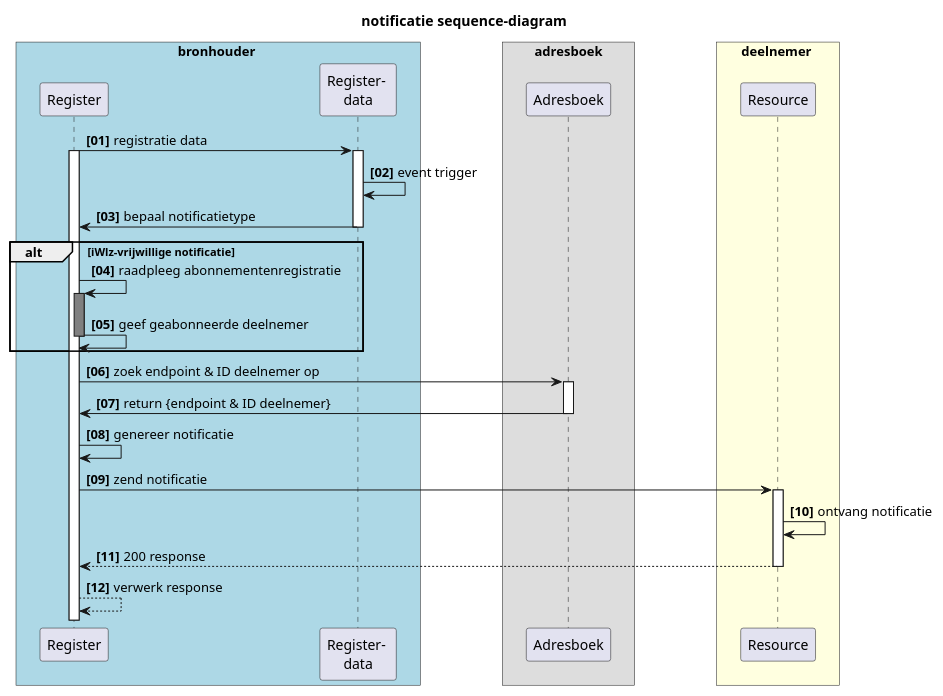
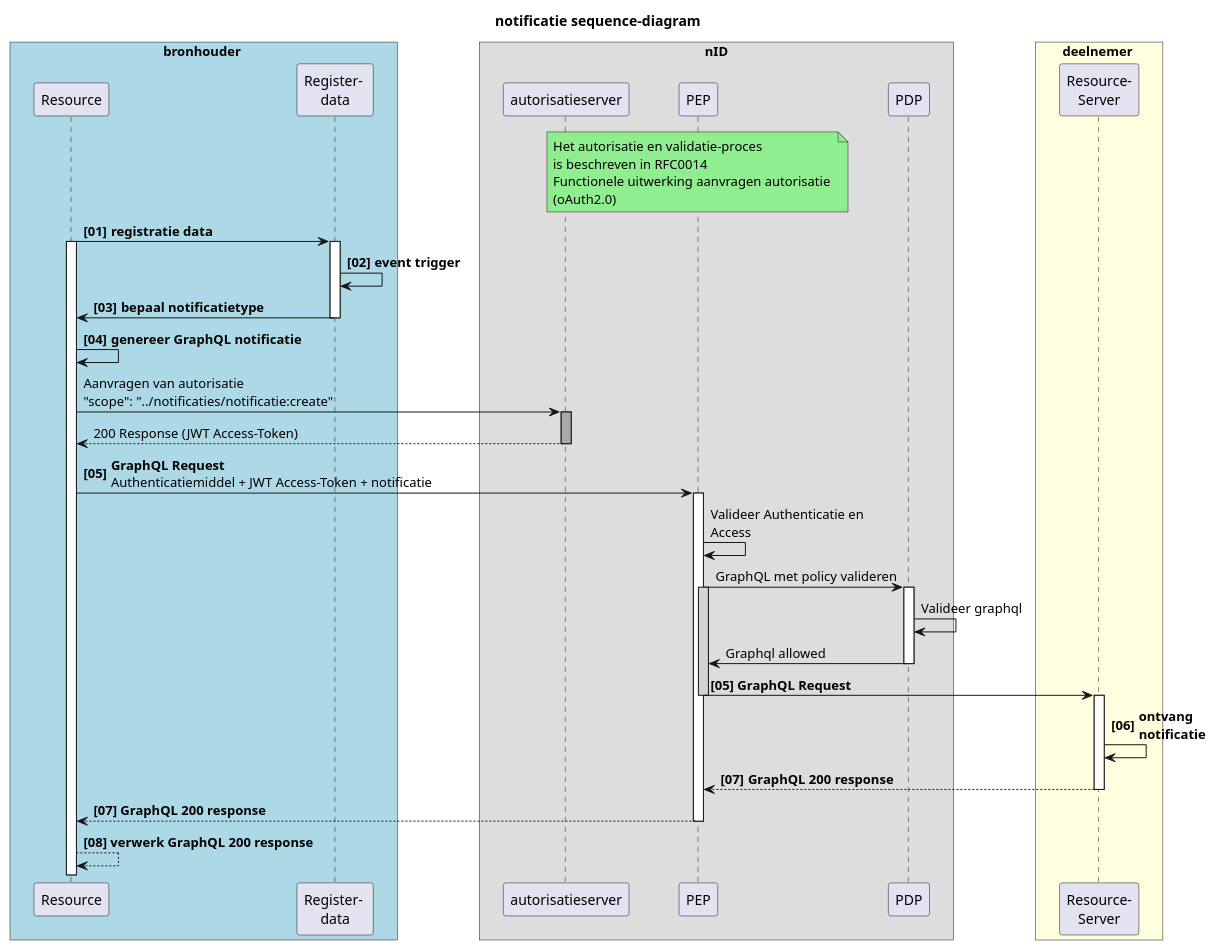
The third of 4 diagrams in RFC/RFC0008 - Notificaties.md (iStandaarden/iWlz-RequestForComment), drawn with PlantUML before and after one commit. The commit also changed other lines of this file and 2 other files, not shown here.

Commit message:
update RFC0008

````diff
--- a/RFC/RFC0008 - Notificaties.md
+++ b/RFC/RFC0008 - Notificaties.md
@@ -307,49 +252,69 @@
-  ```plantuml
-  @startuml rfc008-02-notificatie_sequence
-  title notificatie sequence-diagram
-  skinparam handwritten false
-  skinparam participantpadding 20
-  skinparam boxpadding 40
-  autonumber "<b>[00]"
-  box bronhouder #lightblue
-  participant "Register" as bs
-  participant "Register- \ndata" as rg
-  end box
+```plantuml
+@startuml rfc008-02-notificatie_sequence
+title notificatie sequence-diagram
+skinparam handwritten false
+skinparam participantpadding 20
+skinparam boxpadding 40
 
-  box adresboek
-  participant "Adresboek" as ab
-  end box
+box bronhouder #lightblue
+  participant "Resource" as Resource
+  participant "Register- \ndata" as Register
+end box
 
-  box deelnemer #lightyellow
-  participant "Resource" as dnp
-  end box
+box "nID"
+    participant "autorisatieserver" as AuthzServer
+    participant "PEP" as PEP
+    participant "PDP" as PDP
+end box
 
-    bs -> rg : registratie data
-    activate rg
-    activate bs
-    rg -> rg: event trigger
-    rg -> bs : bepaal notificatietype
-    deactivate rg
+box deelnemer #lightyellow
+  participant "Resource-\nServer" as ResServer
+end box
 
-      alt iWlz-vrijwillige notificatie
-      bs -> bs: raadpleeg abonnementenregistratie
-      activate bs #grey
-      bs -> bs: geef geabonneerde deelnemer
-      deactivate bs
-      end 
+note over PEP #lightgreen: Het autorisatie en validatie-proces \nis beschreven in RFC0014 \nFunctionele uitwerking aanvragen autorisatie \n(oAuth2.0)
+autonumber "<b>[00]"
+Resource -> Register : <b>registratie data
 
-    bs -> ab: zoek endpoint & ID deelnemer op
+activate Resource
+  activate Register
+  Register -> Register: <b>event trigger
+  Register -> Resource : <b>bepaal notificatietype
+  deactivate Register
 
-    activate ab
-    ab -> bs: return {endpoint & ID deelnemer}
-    deactivate ab
-    bs -> bs: genereer notificatie
-    bs -> dnp: zend notificatie
-    activate dnp
-    dnp -> dnp: ontvang notificatie
-    dnp --> bs: 200 response
-    deactivate dnp  
-    bs --> bs: verwerk response
+  Resource -> Resource: <b>genereer GraphQL notificatie
+autonumber stop
+  Resource -> AuthzServer: Aanvragen van autorisatie\n"scope": "../notificaties/notificatie:create"
+    activate AuthzServer #Darkgrey
+        AuthzServer --> Resource --: 200 Response (JWT Access-Token)
+    deactivate AuthzServer
+autonumber resume
+  Resource -> PEP: **GraphQL Request **\nAuthenticatiemiddel + JWT Access-Token + notificatie
+
+autonumber stop
+  activate PEP
+
+    PEP -> PEP: Valideer Authenticatie en \nAccess
+    PEP -> PDP: GraphQL met policy valideren
+      activate PEP #LightGray
+        activate PDP
+        PDP -> PDP: Valideer graphql
+        autonumber stop
+          PDP -> PEP: Graphql allowed
+        deactivate PDP
+        PEP -> ResServer: **[05] GraphQL Request**
+      deactivate PEP
+
+autonumber resume
+    activate ResServer
+    ResServer -> ResServer: <b>ontvang \n<b>notificatie
+    ResServer --> PEP: <b>GraphQL 200 response
+    deactivate ResServer
+autonumber stop
+    PEP --> Resource: <b>[07] GraphQL 200 response
+
+
+    deactivate PEP
+    Resource --> Resource: <b>[08] verwerk GraphQL 200 response
 
   @enduml
-  ```
+```
````
